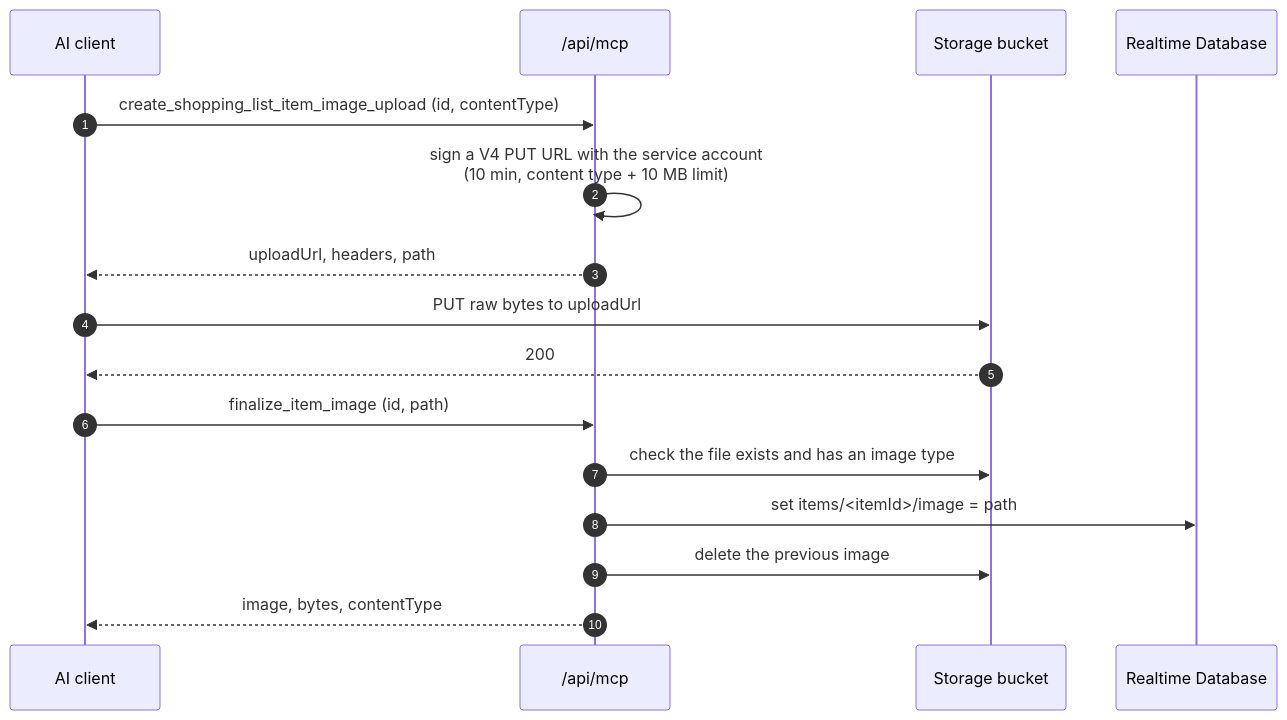
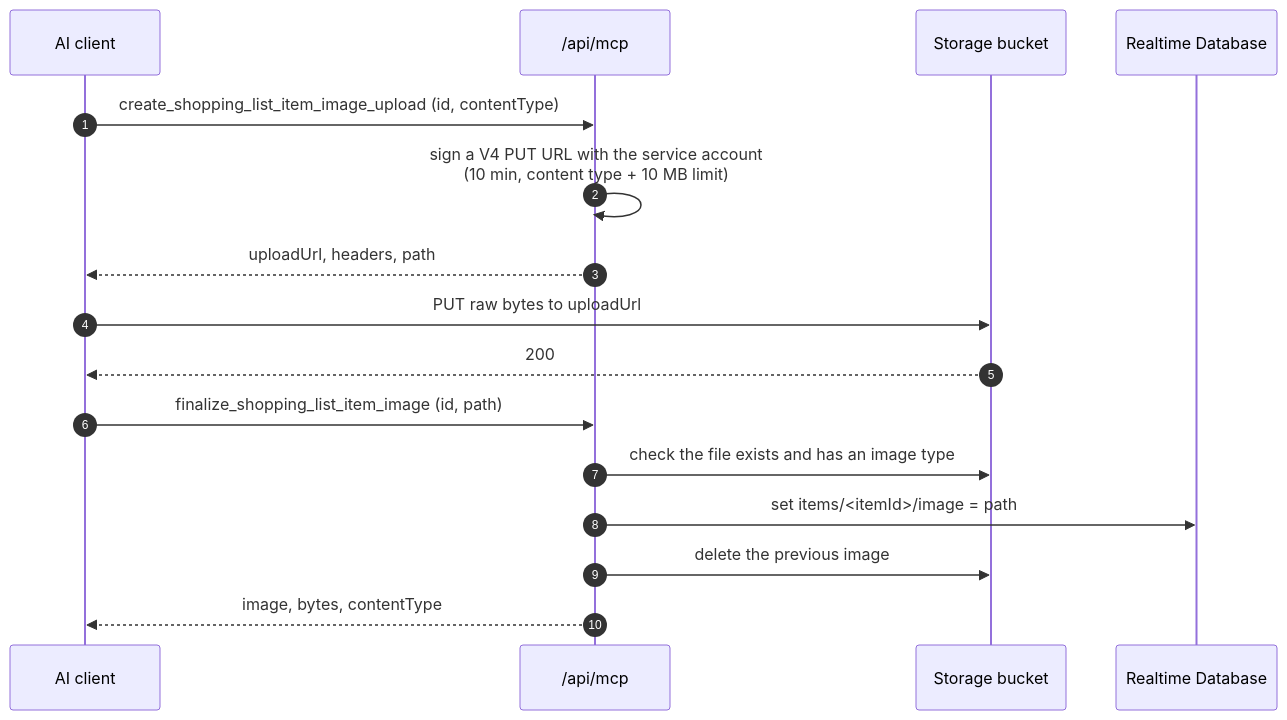
Before and after one commit to moshfeu/synced-shopping-list: the third of 3 diagrams in docs/mcp.md, drawn with Mermaid. The commit also changed other lines of this file and 2 other files, not shown here.

First line of the commit message:
Rename remaining image tools to include shopping_list_item

````diff
--- a/docs/mcp.md
+++ b/docs/mcp.md
@@ -82,19 +82,19 @@
 ```mermaid
 sequenceDiagram
     autonumber
     participant A as AI client
     participant N as /api/mcp
     participant S as Storage bucket
     participant R as Realtime Database
 
     A->>N: create_shopping_list_item_image_upload (id, contentType)
     N->>N: sign a V4 PUT URL with the service account<br/>(10 min, content type + 10 MB limit)
     N-->>A: uploadUrl, headers, path
     A->>S: PUT raw bytes to uploadUrl
     S-->>A: 200
-    A->>N: finalize_item_image (id, path)
+    A->>N: finalize_shopping_list_item_image (id, path)
     N->>S: check the file exists and has an image type
     N->>R: set items/<itemId>/image = path
     N->>S: delete the previous image
     N-->>A: image, bytes, contentType
 ```
````
